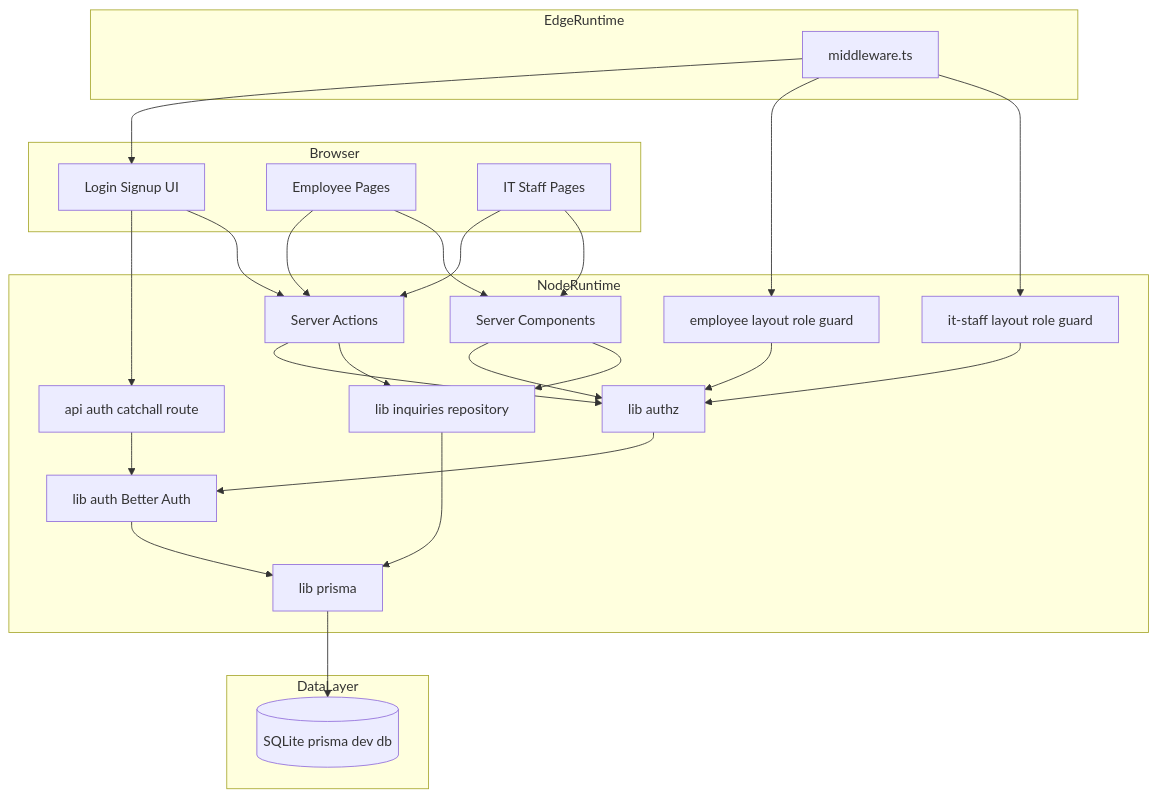
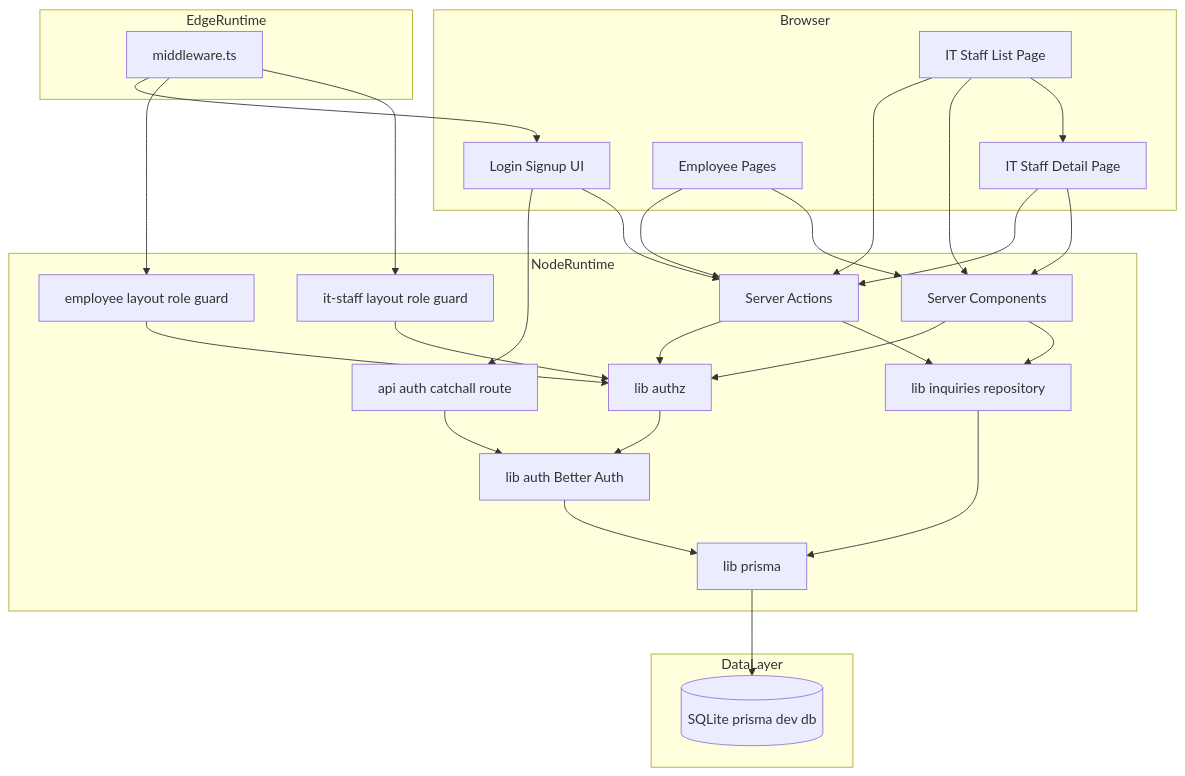
The first of 6 diagrams in .kiro/specs/it-inquiry-list/design.md (tetsuo-tf/sdd-seminar-2026), drawn with Mermaid before and after one commit. The commit also changed other lines of this file and 1 other file, not shown here.

````diff
--- a/.kiro/specs/it-inquiry-list/design.md
+++ b/.kiro/specs/it-inquiry-list/design.md
@@ -75,53 +79,57 @@
 ```mermaid
 graph TB
     subgraph Browser
         UIPublic[Login Signup UI]
         UIEmployee[Employee Pages]
-        UIStaff[IT Staff Pages]
+        UIStaff[IT Staff List Page]
+        UIStaffDetail[IT Staff Detail Page]
     end
 
     subgraph EdgeRuntime
         Mw[middleware.ts]
     end
 
     subgraph NodeRuntime
         AuthRoute[api auth catchall route]
         EmpLayout[employee layout role guard]
         StaffLayout[it-staff layout role guard]
         ServerComp[Server Components]
         ServerActions[Server Actions]
         Authz[lib authz]
         Auth[lib auth Better Auth]
         Repo[lib inquiries repository]
         Prisma[lib prisma]
     end
 
     subgraph DataLayer
         DB[(SQLite prisma dev db)]
     end
 
     UIPublic --> AuthRoute
     UIPublic --> ServerActions
     UIEmployee --> ServerActions
     UIStaff --> ServerActions
+    UIStaffDetail --> ServerActions
     UIEmployee --> ServerComp
     UIStaff --> ServerComp
+    UIStaffDetail --> ServerComp
+    UIStaff --> UIStaffDetail
 
     Mw --> UIPublic
     Mw --> EmpLayout
     Mw --> StaffLayout
 
     EmpLayout --> Authz
     StaffLayout --> Authz
     ServerComp --> Authz
     ServerActions --> Authz
 
     Authz --> Auth
     AuthRoute --> Auth
     Auth --> Prisma
 
     ServerComp --> Repo
     ServerActions --> Repo
     Repo --> Prisma
     Prisma --> DB
 ```
````
